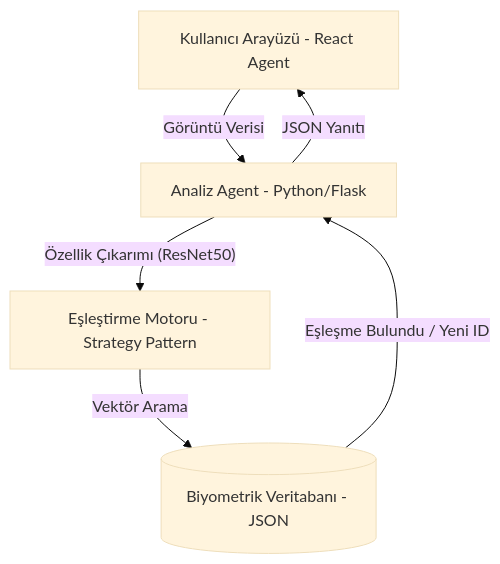
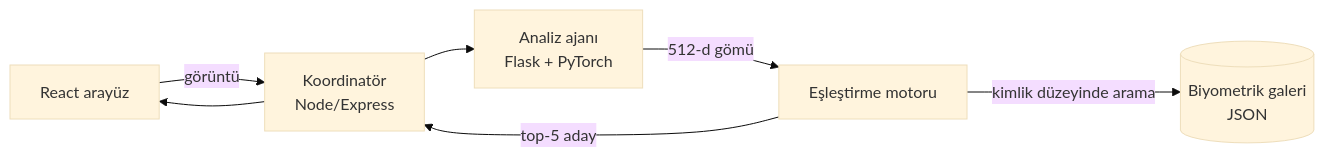
One commit to taha-hub0/TurtleVision-MAS changed the diagram in README.md. Above: the diagram before and after it, drawn with Mermaid (base theme). The commit also changed other lines of this file and 29 other files, not shown here.

````diff
--- a/README.md
+++ b/README.md
@@ -18,8 +89,9 @@
 ```mermaid
-graph TD
-    A[Kullanıcı Arayüzü - React Agent] -- "Görüntü Verisi" --> B[Analiz Agent - Python/Flask]
-    B -- "Özellik Çıkarımı (ResNet50)" --> C[Eşleştirme Motoru - Strategy Pattern]
-    C -- "Vektör Arama" --> D[(Biyometrik Veritabanı - JSON)]
-    D -- "Eşleşme Bulundu / Yeni ID" --> B
-    B -- "JSON Yanıtı" --> A
+graph LR
+    A[React arayüz] -->|görüntü| B[Koordinatör<br/>Node/Express]
+    B --> C[Analiz ajanı<br/>Flask + PyTorch]
+    C -->|512-d gömü| D[Eşleştirme motoru]
+    D -->|kimlik düzeyinde arama| E[(Biyometrik galeri<br/>JSON)]
+    D -->|top-5 aday| B
+    B --> A
 ```
````
